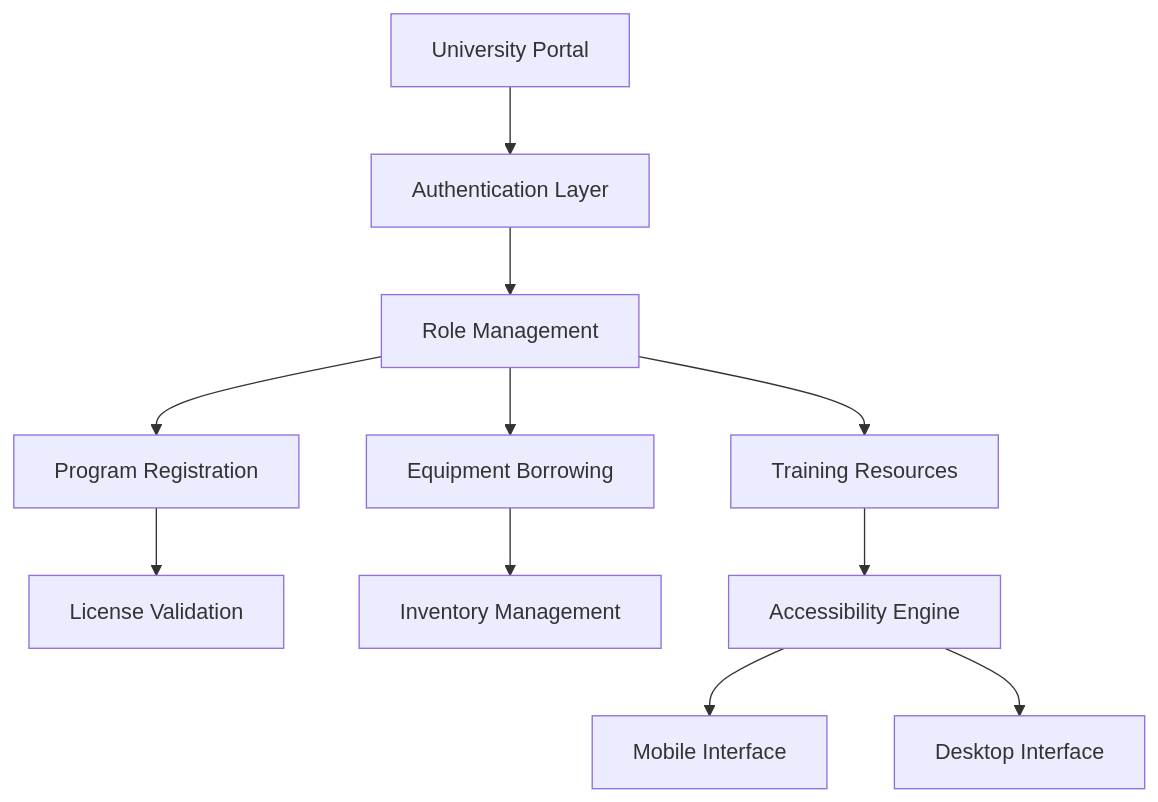
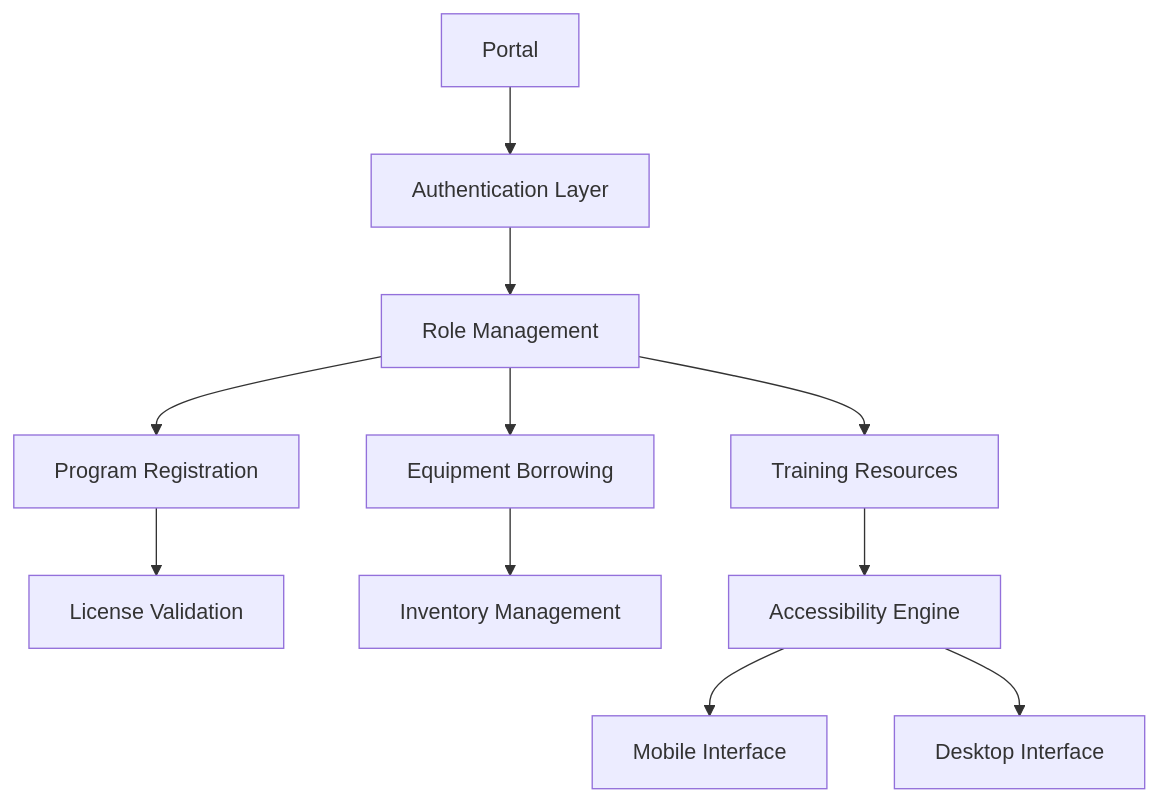
Before and after one commit to elijahsylar/koha-adapttoimpact-backup-PUBLIC: the diagram in README.md, drawn with Mermaid. The commit also changed other lines of this file, not shown here.

````diff
--- a/README.md
+++ b/README.md
@@ -125,13 +127,13 @@
 ```mermaid
 graph TD
-    A[University Portal] --> B[Authentication Layer]
+    A[Portal] --> B[Authentication Layer]
     B --> C[Role Management]
     C --> D[Program Registration]
     C --> E[Equipment Borrowing]
     C --> F[Training Resources]
     D --> G[License Validation]
     E --> H[Inventory Management]
     F --> I[Accessibility Engine]
     I --> J[Mobile Interface]
     I --> K[Desktop Interface]
 ```
````
